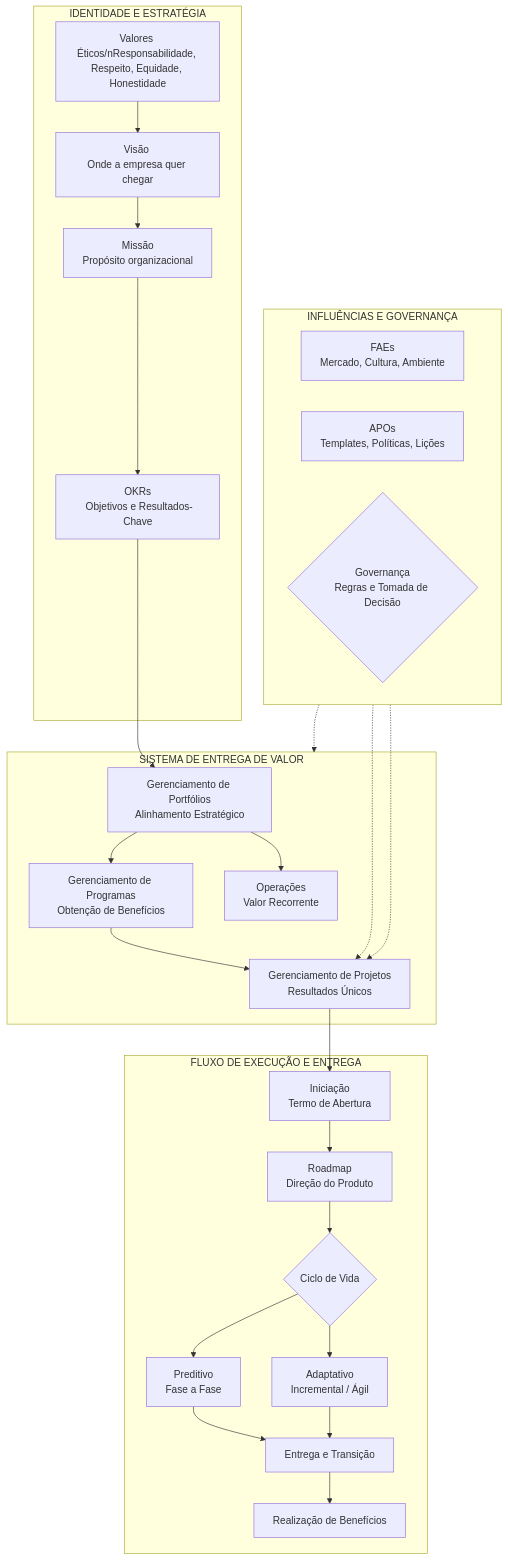
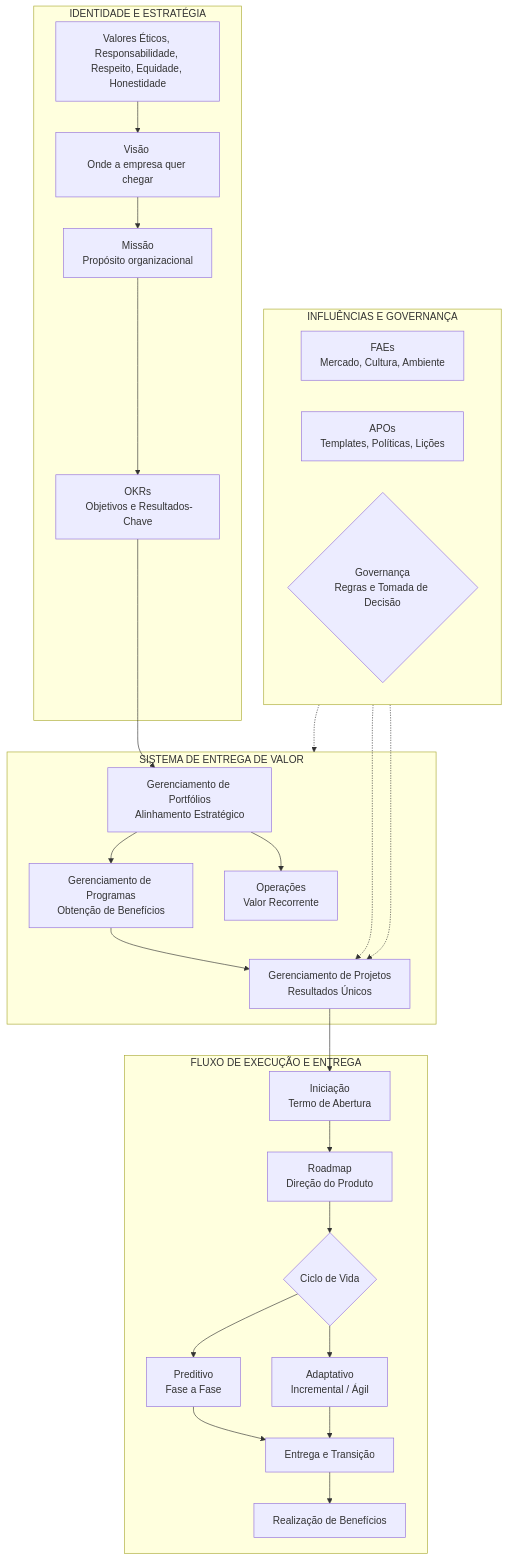
Before and after one commit to evandromucha/PM: the diagram in ORG.md, drawn with Mermaid.

Commit message:
Fix typo in ethical values list

````diff
--- a/ORG.md
+++ b/ORG.md
@@ -1,58 +1,58 @@
 ```mermaid
 flowchart TD
 
 %% IDENTIDADE E ESTRATÉGIA
 subgraph Estrategia [IDENTIDADE E ESTRATÉGIA]
-    VAL[Valores Éticos/nResponsabilidade, Respeito, Equidade, Honestidade]
+    VAL[Valores Éticos, Responsabilidade, Respeito, Equidade, Honestidade]
     VIS[Visão \nOnde a empresa quer chegar]
     MIS[Missão \nPropósito organizacional]
     OKR[OKRs\n Objetivos e Resultados-Chave]
 
     VAL --> VIS --> MIS --> OKR
 end
 
 %% INFLUÊNCIAS E GOVERNANÇA
 subgraph Influencias [INFLUÊNCIAS E GOVERNANÇA]
     direction LR
     FAE[FAEs\nMercado, Cultura, Ambiente]
     APO[APOs\nTemplates, Políticas, Lições]
     GOV{Governança\nRegras e Tomada de Decisão}
 end
 
 %% SISTEMA DE ENTREGA DE VALOR
 subgraph GOP [SISTEMA DE ENTREGA DE VALOR]
     PORT[Gerenciamento de Portfólios\nAlinhamento Estratégico]
     PROG[Gerenciamento de Programas\nObtenção de Benefícios]
     PROJ[Gerenciamento de Projetos\nResultados Únicos]
     OPER[Operações\nValor Recorrente]
 
     PORT --> PROG
     PROG --> PROJ
     PORT --> OPER
 end
 
 %% FLUXO DE EXECUÇÃO
 subgraph Fluxo [FLUXO DE EXECUÇÃO E ENTREGA]
     START[Iniciação\nTermo de Abertura]
     ROAD[Roadmap\nDireção do Produto]
     LIFE{Ciclo de Vida}
     PRED[Preditivo\nFase a Fase]
     ADAP[Adaptativo\nIncremental / Ágil]
     ENTREGA[Entrega e Transição]
     BENE[Realização de Benefícios]
 
     START --> ROAD --> LIFE
     LIFE --> PRED
     LIFE --> ADAP
     PRED --> ENTREGA
     ADAP --> ENTREGA
     ENTREGA --> BENE
 end
 
 %% CONEXÕES ENTRE CAMADAS
 OKR --> PORT
 PROJ --> START
 FAE -.-> PROJ
 APO -.-> PROJ
 GOV -.-> GOP
 ```
````
